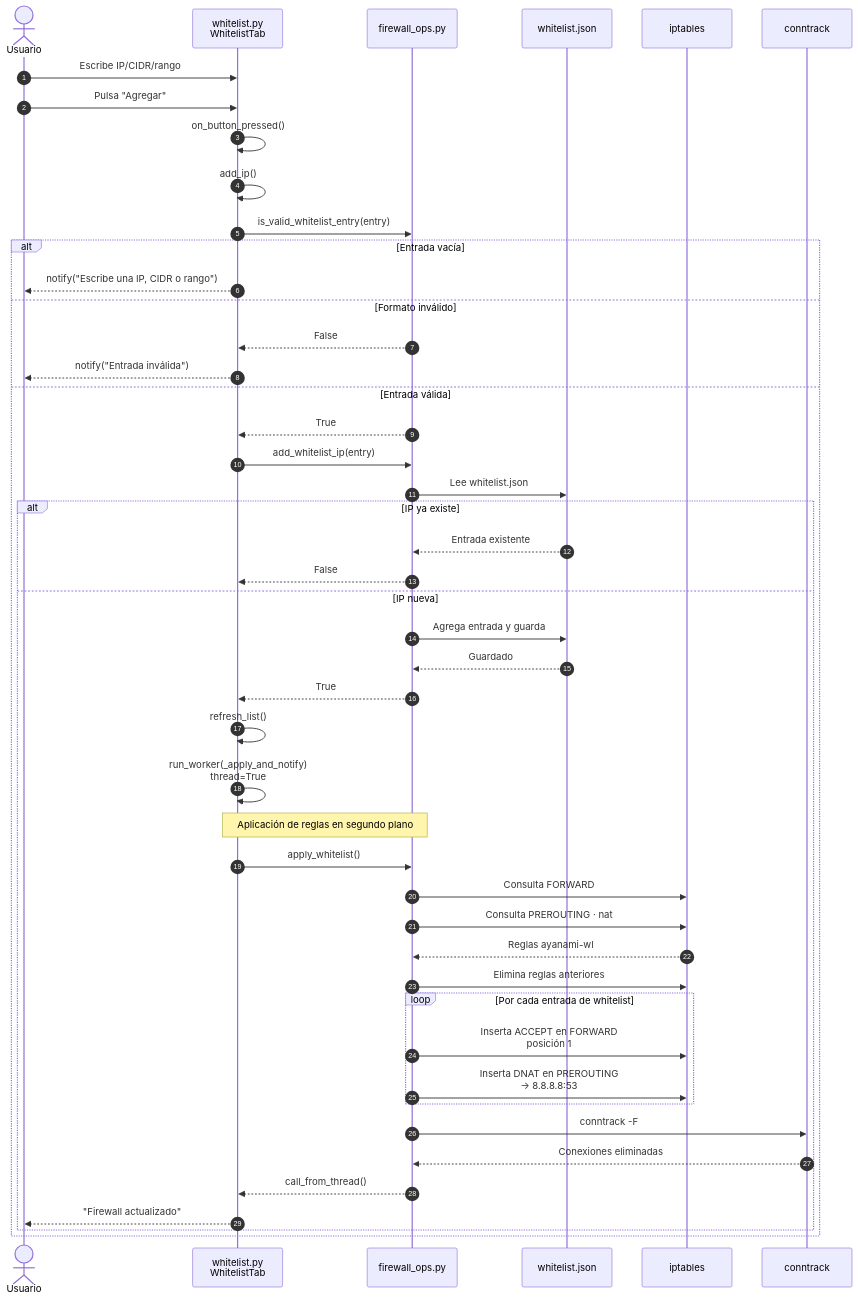
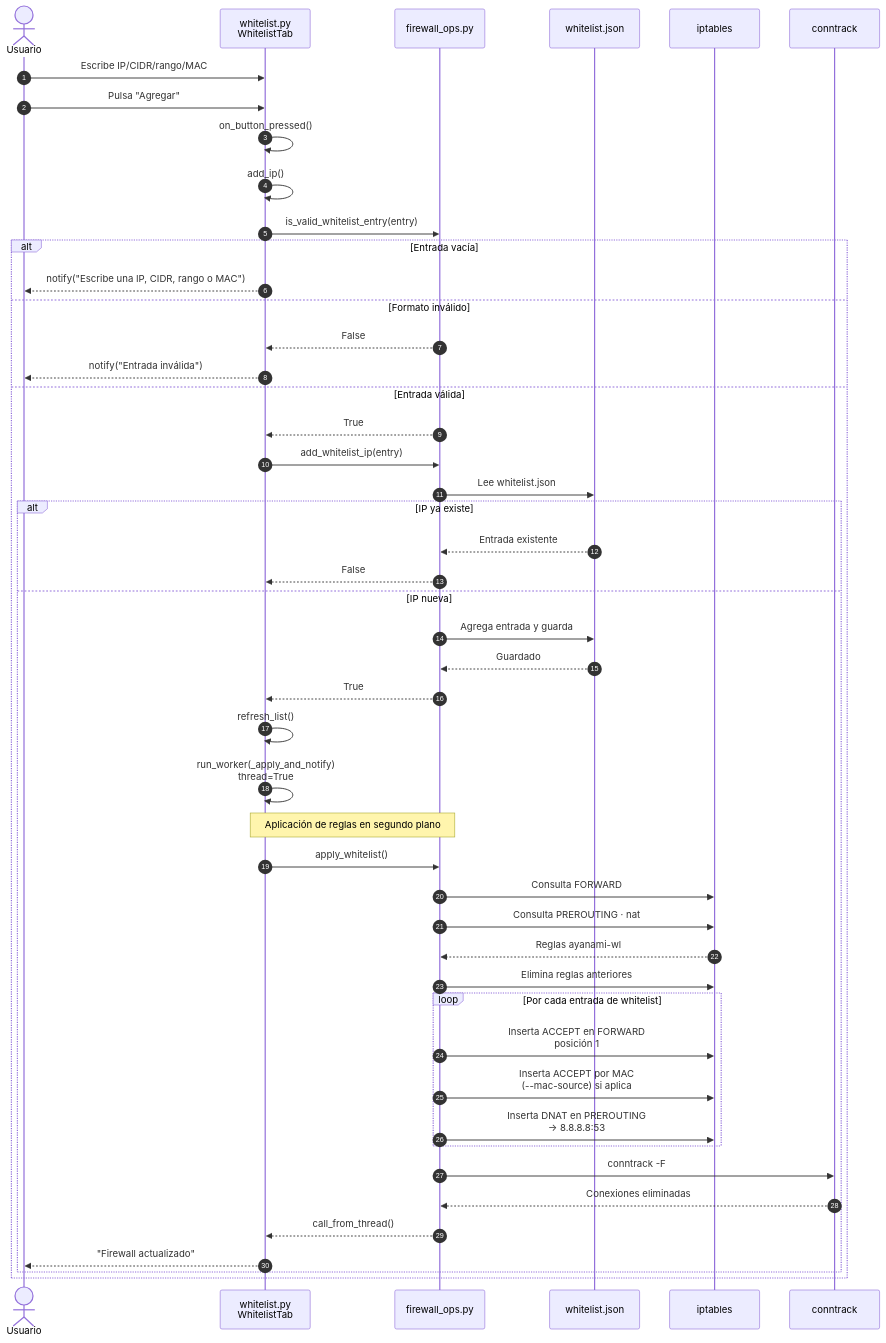
Before and after one commit to 00Danii/Ayanami: the third of 7 diagrams in ManualProgramador.md, drawn with Mermaid. The commit also changed other lines of this file and 2 other files, not shown here.

````diff
--- a/ManualProgramador.md
+++ b/ManualProgramador.md
@@ -545,64 +546,65 @@
 ```mermaid
 sequenceDiagram
     autonumber
 
     actor U as Usuario
     participant UI as whitelist.py<br/>WhitelistTab
     participant OPS as firewall_ops.py
     participant JSON as whitelist.json
     participant IPT as iptables
     participant CT as conntrack
 
-    U->>UI: Escribe IP/CIDR/rango
+    U->>UI: Escribe IP/CIDR/rango/MAC
     U->>UI: Pulsa "Agregar"
     
     UI->>UI: on_button_pressed()
     UI->>UI: add_ip()
 
     UI->>OPS: is_valid_whitelist_entry(entry)
 
     alt Entrada vacía
-        UI-->>U: notify("Escribe una IP, CIDR o rango")
+        UI-->>U: notify("Escribe una IP, CIDR, rango o MAC")
     else Formato inválido
         OPS-->>UI: False
         UI-->>U: notify("Entrada inválida")
     else Entrada válida
         OPS-->>UI: True
 
         UI->>OPS: add_whitelist_ip(entry)
         OPS->>JSON: Lee whitelist.json
 
         alt IP ya existe
             JSON-->>OPS: Entrada existente
             OPS-->>UI: False
         else IP nueva
             OPS->>JSON: Agrega entrada y guarda
             JSON-->>OPS: Guardado
             OPS-->>UI: True
 
             UI->>UI: refresh_list()
             UI->>UI: run_worker(_apply_and_notify)<br/>thread=True
 
             Note over UI,OPS: Aplicación de reglas en segundo plano
 
             UI->>OPS: apply_whitelist()
 
             OPS->>IPT: Consulta FORWARD
             OPS->>IPT: Consulta PREROUTING · nat
             IPT-->>OPS: Reglas ayanami-wl
 
             OPS->>IPT: Elimina reglas anteriores
 
             loop Por cada entrada de whitelist
                 OPS->>IPT: Inserta ACCEPT en FORWARD<br/>posición 1
+                OPS->>IPT: Inserta ACCEPT por MAC<br/>(--mac-source) si aplica
                 OPS->>IPT: Inserta DNAT en PREROUTING<br/>→ 8.8.8.8:53
             end
 
             OPS->>CT: conntrack -F
             CT-->>OPS: Conexiones eliminadas
 
             OPS-->>UI: call_from_thread()
             UI-->>U: "Firewall actualizado"
         end
     end
 ```
````
